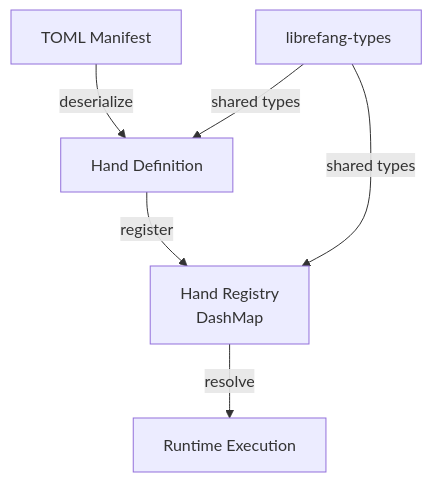
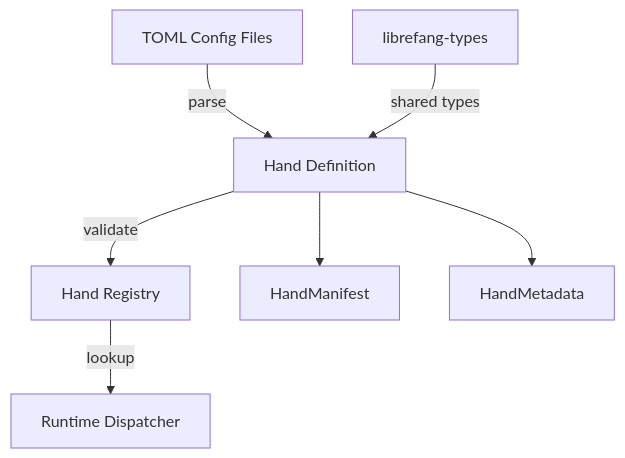
Before and after one commit to leszek3737/librefang-WIki: the diagram in other-librefang-hands.md, drawn with Mermaid. The commit also changed other lines of this file and 99 other files, not shown here.

````diff
--- a/other-librefang-hands.md
+++ b/other-librefang-hands.md
@@ -15,8 +15,9 @@
 ```mermaid
 graph TD
-    A[TOML Manifest] -->|deserialize| B[Hand Definition]
-    B -->|register| C[Hand Registry<br/>DashMap]
-    C -->|resolve| D[Runtime Execution]
-    E[librefang-types] -->|shared types| B
-    E -->|shared types| C
+    A[TOML Config Files] -->|parse| B[Hand Definition]
+    B -->|validate| C[Hand Registry]
+    C -->|lookup| D[Runtime Dispatcher]
+    B --> E[HandManifest]
+    B --> F[HandMetadata]
+    G[librefang-types] -->|shared types| B
 ```
````
